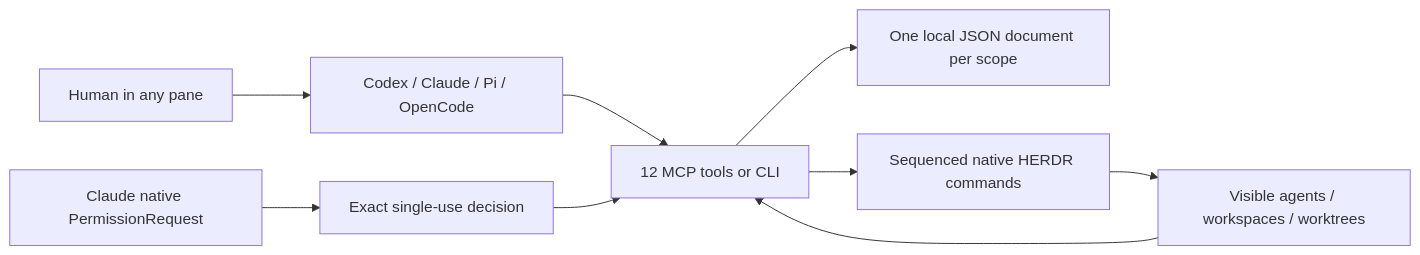
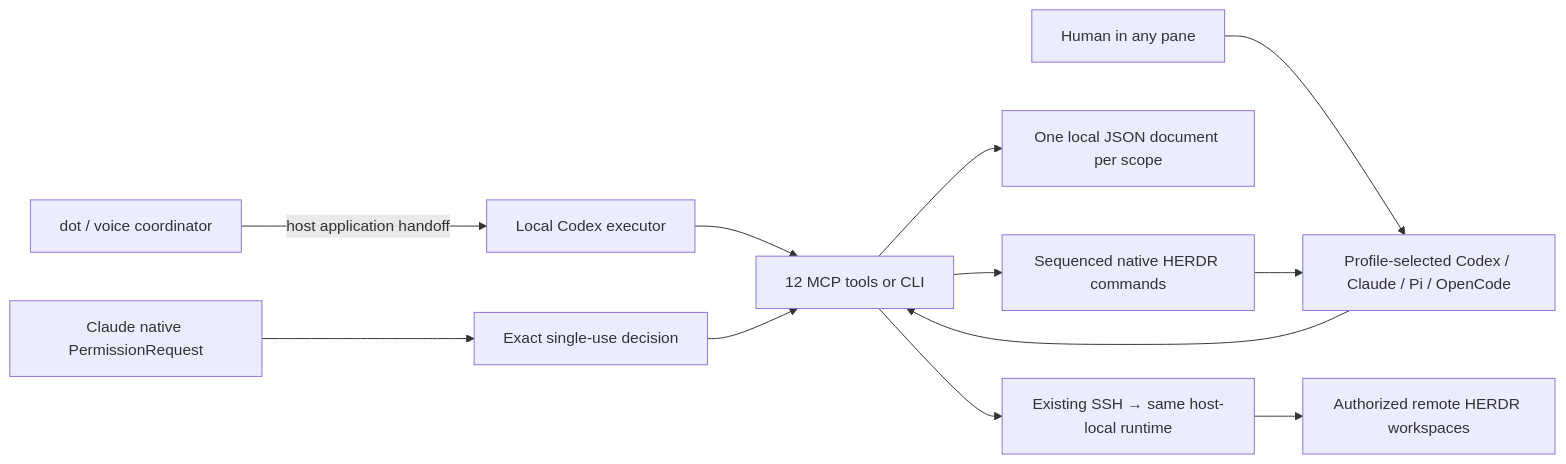
Before and after one commit to zachristmas/baa-ton: the diagram in docs/ARCHITECTURE.md, drawn with Mermaid. The commit also changed other lines of this file and 3 other files, not shown here.

Commit message:
Document dot to Codex to HERDR architecture and live fleet evidence

````diff
--- a/docs/ARCHITECTURE.md
+++ b/docs/ARCHITECTURE.md
@@ -3,11 +3,14 @@
 ```mermaid
 flowchart LR
-  Human[Human in any pane] --> Client[Codex / Claude / Pi / OpenCode]
+  Dot[dot / voice coordinator] -->|host application handoff| Client[Local Codex executor]
+  Human[Human in any pane] --> Workers
   Client --> Interface[12 MCP tools or CLI]
   Interface --> State[One local JSON document per scope]
   Interface --> Native[Sequenced native HERDR commands]
-  Native --> Workers[Visible agents / workspaces / worktrees]
+  Native --> Workers[Profile-selected Codex / Claude / Pi / OpenCode]
+  Interface --> SSH[Existing SSH → same host-local runtime]
+  SSH --> Fleet[Authorized remote HERDR workspaces]
   Workers --> Interface
   Permission[Claude native PermissionRequest] --> Exact[Exact single-use decision]
   Exact --> Interface
 ```
````
